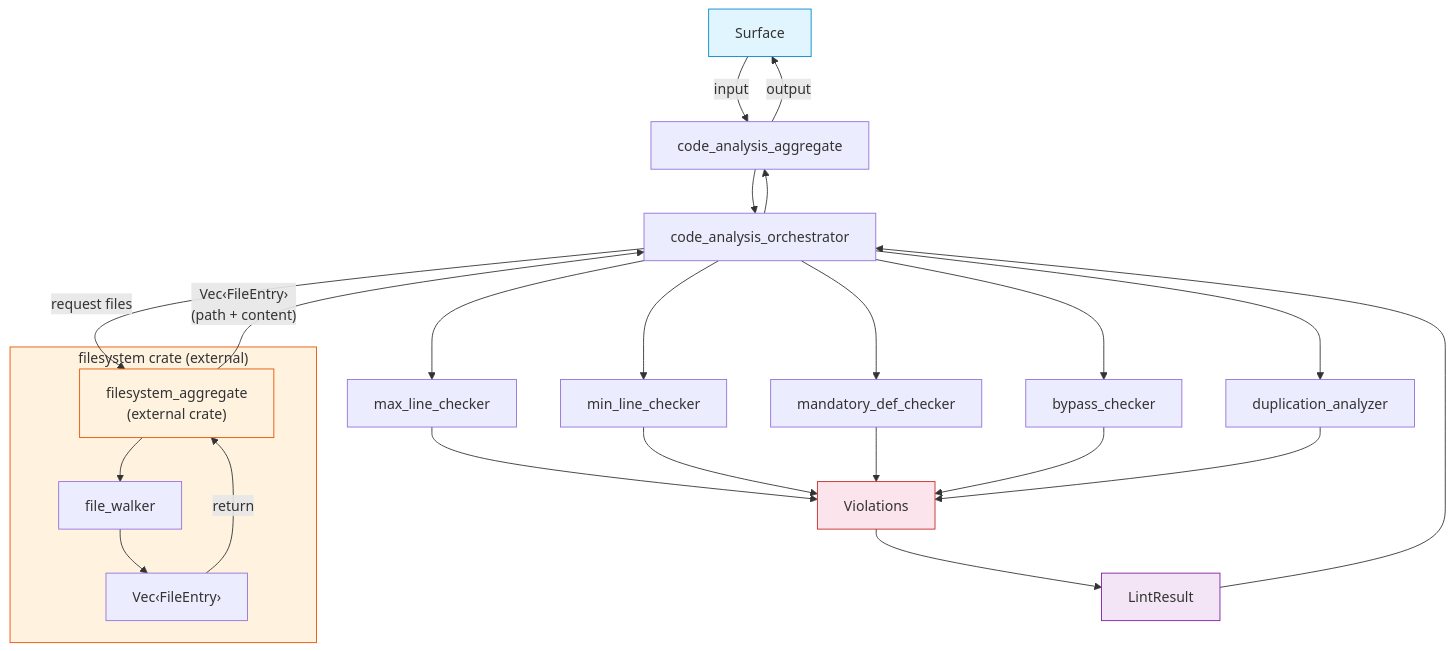
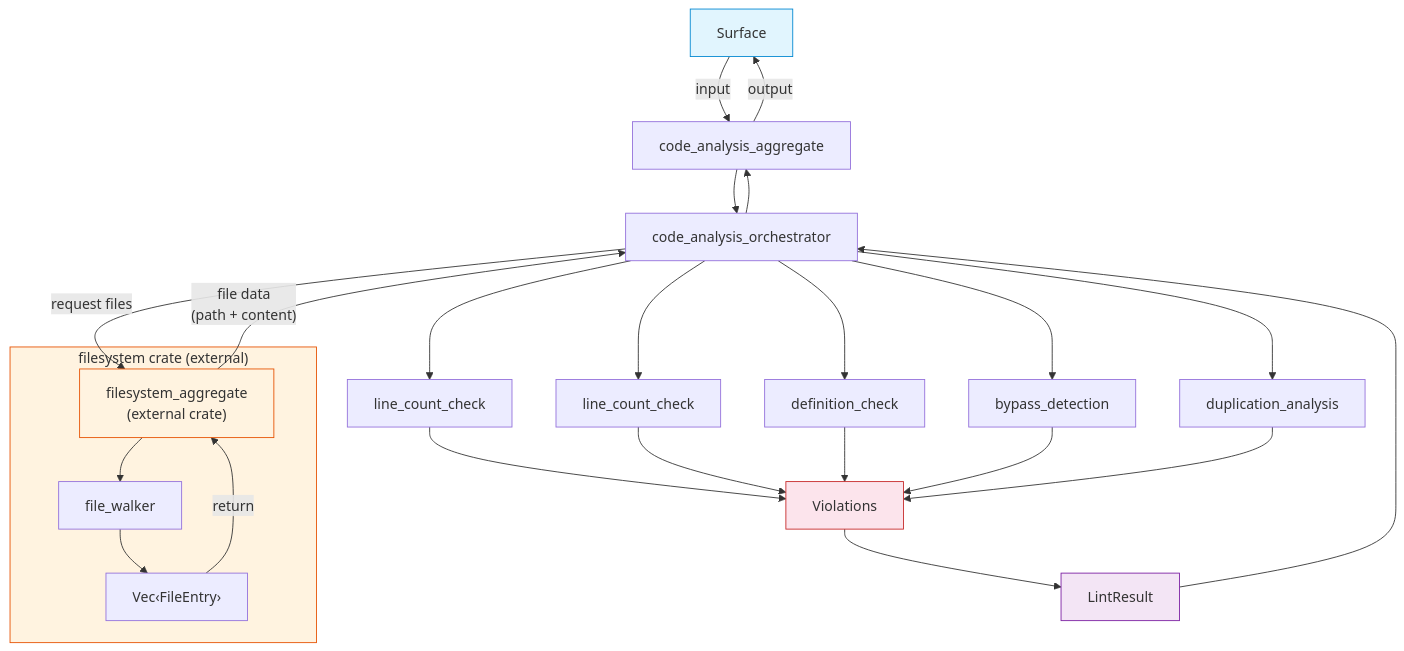
The diagram in crates/code-analysis/FRD.md (rakaarwaky/lint-arwaky), drawn with Mermaid before and after one commit. The commit also changed other lines of this file and 17 other files, not shown here.

Commit message:
docs: standardize FRD documentation terminology, structure, and Mermaid diagrams across all crates.

````diff
--- a/crates/code-analysis/FRD.md
+++ b/crates/code-analysis/FRD.md
@@ -13,37 +13,37 @@
 ```mermaid
 flowchart TD
     A["Surface"] -->|input| B["code_analysis_aggregate"]
     B --> C["code_analysis_orchestrator"]
 
     C -->|"request files"| D["filesystem_aggregate\n(external crate)"]
 
     subgraph FS ["filesystem crate (external)"]
         D --> E1["file_walker"]
         E1 --> G1["Vec‹FileEntry›"]
     end
 
     G1 -->|"return"| D
-    D -->|"Vec‹FileEntry›\n(path + content)"| C
+    D -->|"file data\n(path + content)"| C
 
-    C --> H1["max_line_checker"]
-    C --> H2["min_line_checker"]
-    C --> H3["mandatory_def_checker"]
-    C --> H4["bypass_checker"]
-    C --> H5["duplication_analyzer"]
+    C --> H1["line_count_check"]
+    C --> H2["line_count_check"]
+    C --> H3["definition_check"]
+    C --> H4["bypass_detection"]
+    C --> H5["duplication_analysis"]
 
     H1 --> I["Violations"]
     H2 --> I
     H3 --> I
     H4 --> I
     H5 --> I
     I --> J["LintResult"]
     J --> C
     C --> B
     B -->|output| A
 
     style A fill:#e1f5fe,stroke:#0288d1
     style FS fill:#fff3e0,stroke:#e65100
     style D fill:#fff3e0,stroke:#e65100
     style I fill:#fce4ec,stroke:#c62828
     style J fill:#f3e5f5,stroke:#7b1fa2
 ```
````
